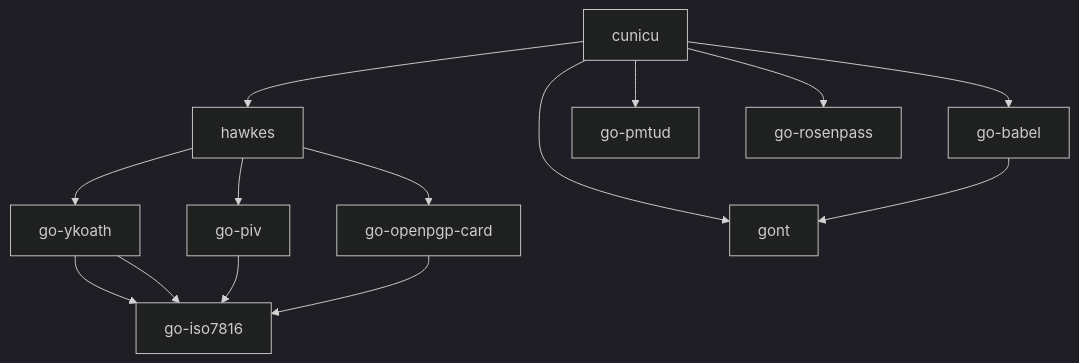
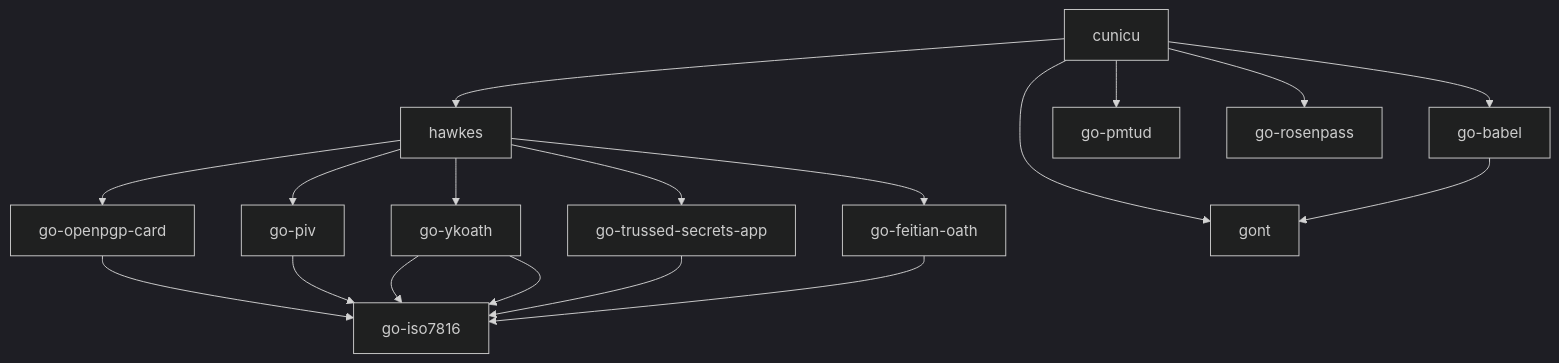
One commit to cunicu/cunicu changed the diagram in docs/dev/structure.md. Above: the diagram before and after it, drawn with Mermaid (dark theme).

Commit message:
Add new modules to project structure

````diff
--- a/docs/dev/structure.md
+++ b/docs/dev/structure.md
@@ -10,30 +10,34 @@
 ```mermaid
 graph TD
     cunicu --> hawkes
     cunicu --> gont
     cunicu --> go-pmtud
     cunicu --> go-rosenpass
     cunicu --> go-babel
 
     go-babel --> gont
 
+    hawkes --> go-openpgp-card
+    hawkes --> go-piv
     hawkes --> go-ykoath
-    hawkes --> go-piv
-    hawkes --> go-openpgp-card
-
+    hawkes --> go-trussed-secrets-app
+    hawkes --> go-feitian-oath
+    
     go-ykoath --> go-iso7816
     go-piv --> go-iso7816
     go-ykoath --> go-iso7816
     go-openpgp-card --> go-iso7816
+    go-trussed-secrets-app --> go-iso7816
+    go-feitian-oath --> go-iso7816
 
     click cunicu href "https://github.com/cunicu/cunicu" "GitHub Repo"
     click hawkes href "https://github.com/cunicu/hawkes" "GitHub Repo"
     click gont href "https://github.com/cunicu/gont" "GitHub Repo"
     click go-pmtud href "https://github.com/cunicu/go-pmtud" "GitHub Repo"
     click go-rosenpass href "https://github.com/cunicu/go-rosenpass" "GitHub Repo"
     click go-babel href "https://github.com/cunicu/go-babel" "GitHub Repo"
     click go-piv href "https://github.com/cunicu/go-piv" "GitHub Repo"
     click go-ykoath href "https://github.com/cunicu/go-ykoath" "GitHub Repo"
     click go-iso7816 href "https://github.com/cunicu/go-iso7816" "GitHub Repo"
     click go-openpgp-card href "https://github.com/cunicu/go-openpgp-card" "GitHub Repo"
 ```
````
